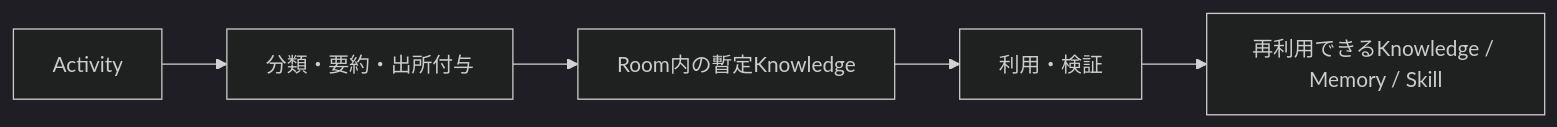
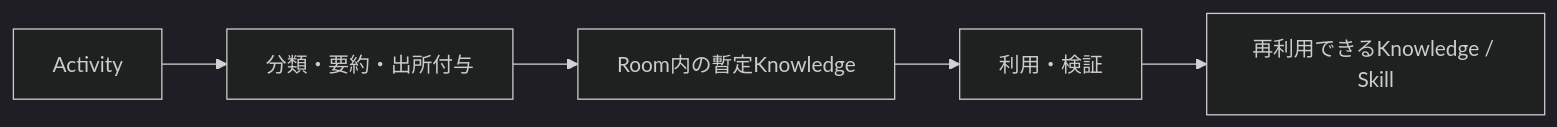
Before and after one commit to Takuma-kaho/Samurai-Agent: the second of 2 diagrams in SAMURAI_AGENT_MANUAL.md, drawn with Mermaid (dark theme). The commit also changed other lines of this file and 36 other files, not shown here.

```diff
--- a/SAMURAI_AGENT_MANUAL.md
+++ b/SAMURAI_AGENT_MANUAL.md
@@ -240,13 +242,13 @@
 ~~~mermaid
 flowchart LR
   A["Activity"]
   R["分類・要約・出所付与"]
   C["Room内の暫定Knowledge"]
   U["利用・検証"]
-  P["再利用できるKnowledge / Memory / Skill"]
+  P["再利用できるKnowledge / Skill"]
 
   A --> R
   R --> C
   C --> U
   U --> P
 ~~~
```
